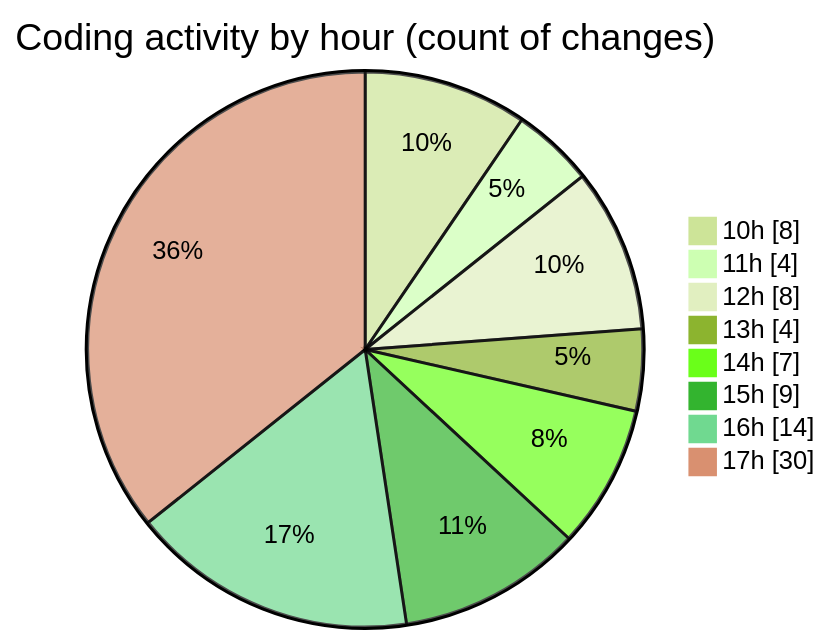
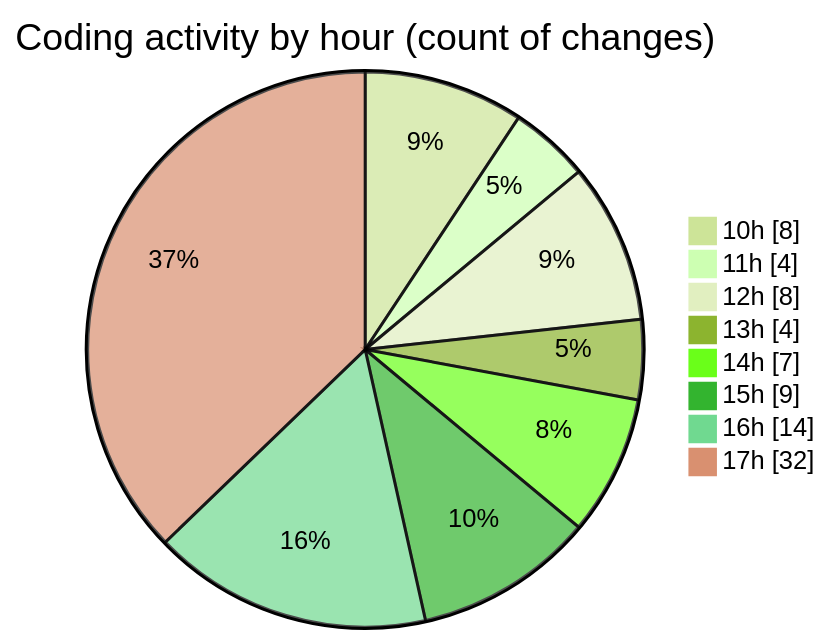
Before and after one commit to nxtqubesakshisongat/code-tracking: the second of 2 diagrams in 2025-08-07/nxtqube_webapp/README.md, drawn with Mermaid (forest theme). The commit also changed other lines of this file and 1 other file, not shown here.

````diff
--- a/2025-08-07/nxtqube_webapp/README.md
+++ b/2025-08-07/nxtqube_webapp/README.md
@@ -35,12 +35,12 @@
 ```mermaid
 pie showData
 title Coding activity by hour (count of changes)
 "10h" : 8
 "11h" : 4
 "12h" : 8
 "13h" : 4
 "14h" : 7
 "15h" : 9
 "16h" : 14
-"17h" : 30
+"17h" : 32
 ```
````
